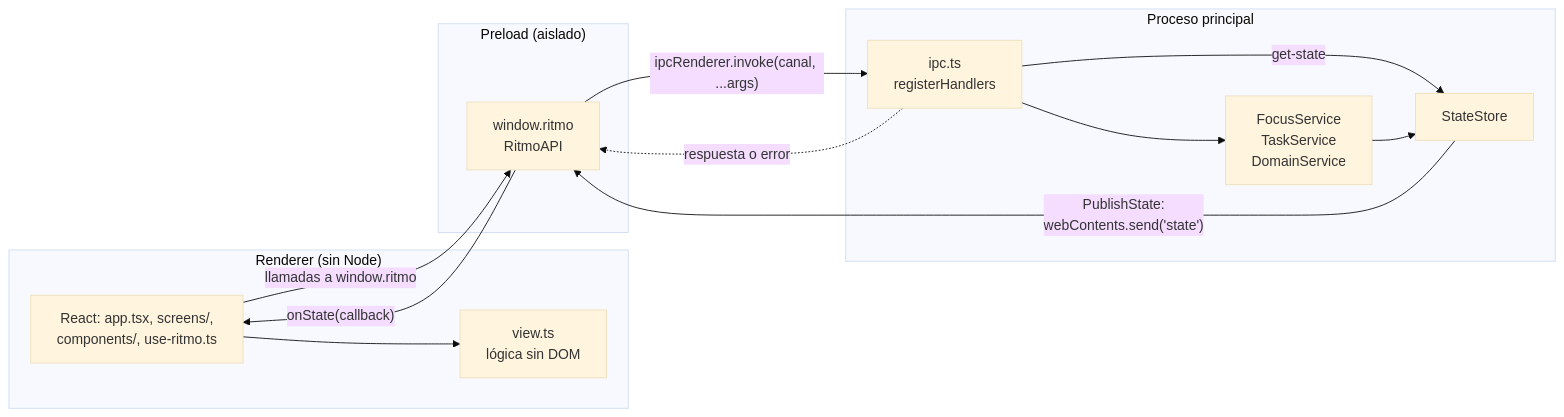
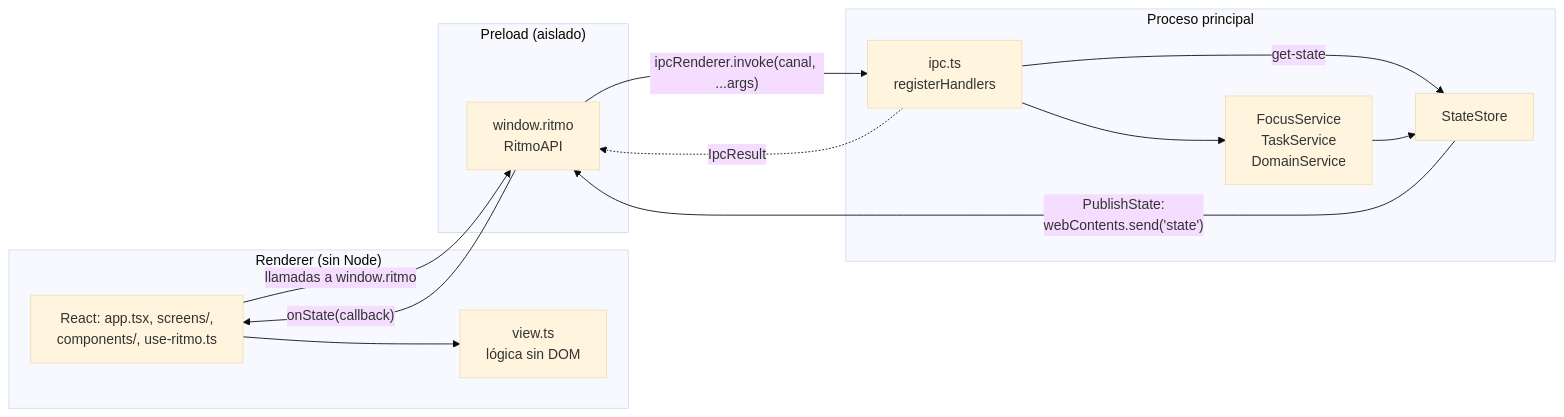
One commit to DevJuan95/ritmo changed the first of 5 diagrams in docs/arquitectura.md. Above: the diagram before and after it, drawn with Mermaid (base theme). The commit also changed other lines of this file and 18 other files, not shown here.

````diff
--- a/docs/arquitectura.md
+++ b/docs/arquitectura.md
@@ -11,27 +11,27 @@
 ```mermaid
 flowchart LR
   subgraph renderer["Renderer (sin Node)"]
     ui["React: app.tsx, screens/,<br/>components/, use-ritmo.ts"]
     view["view.ts<br/>lógica sin DOM"]
     ui --> view
   end
 
   subgraph preload["Preload (aislado)"]
     api["window.ritmo<br/>RitmoAPI"]
   end
 
   subgraph main["Proceso principal"]
     ipc["ipc.ts<br/>registerHandlers"]
     services["FocusService<br/>TaskService<br/>DomainService"]
     store["StateStore"]
     ipc --> services
     ipc -- "get-state" --> store
     services --> store
   end
 
   ui -- "llamadas a window.ritmo" --> api
   api -- "ipcRenderer.invoke(canal, ...args)" --> ipc
-  ipc -. "respuesta o error" .-> api
+  ipc -. "IpcResult" .-> api
   store -- "PublishState:<br/>webContents.send('state')" --> api
   api -- "onState(callback)" --> ui
 ```
````
